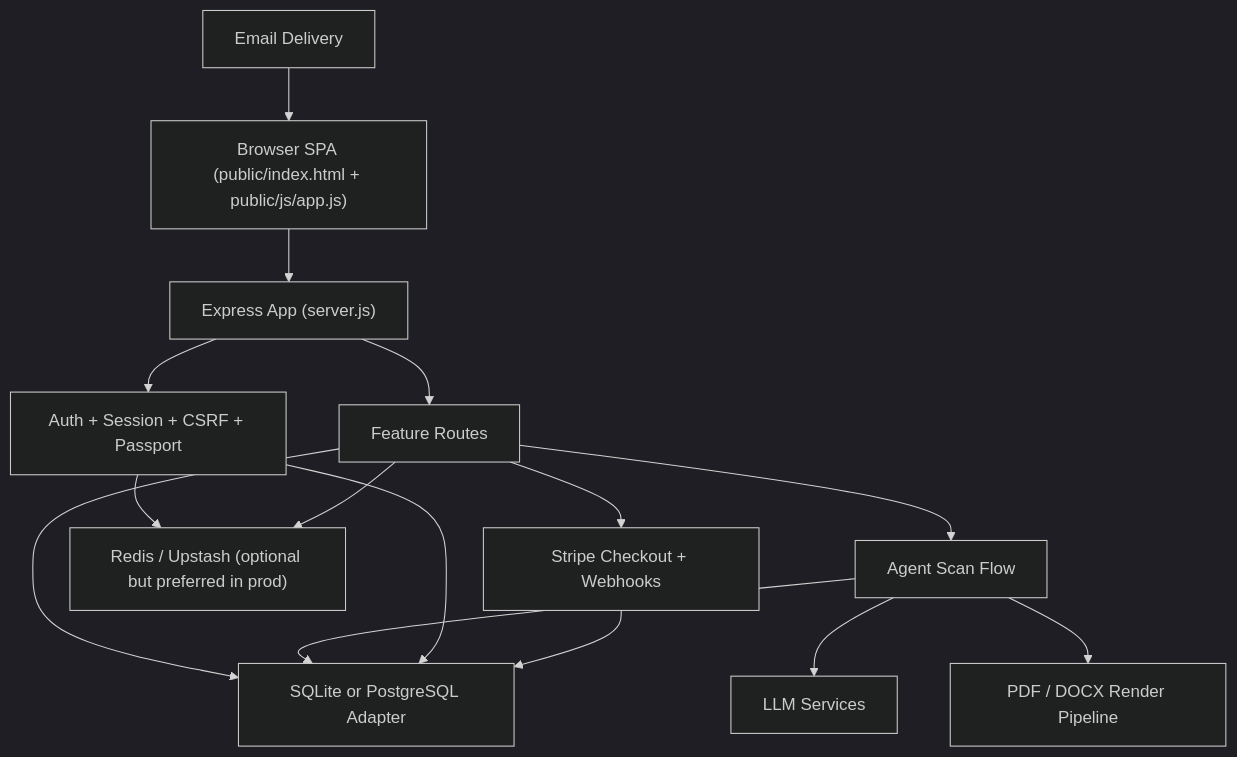
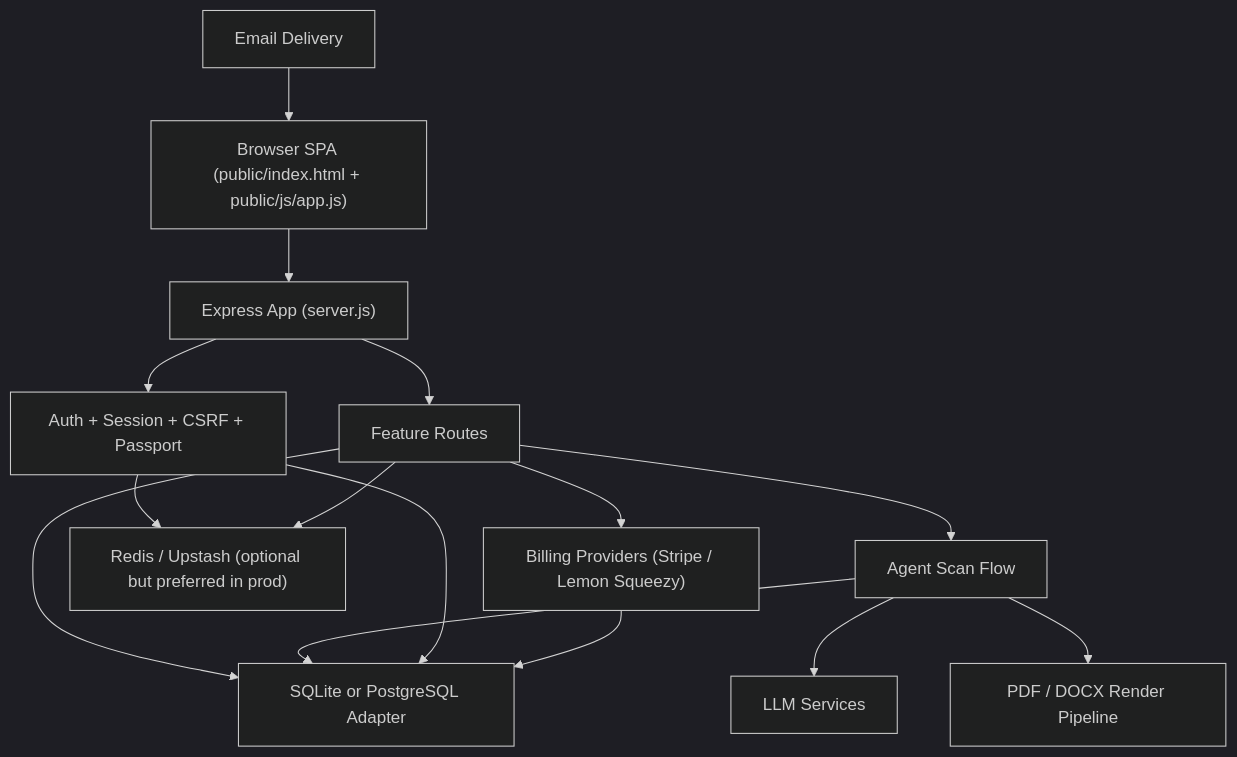
The first of 3 diagrams in docs/TECHNICAL_DOCUMENTATION.md (ghasmir/ResumeXray), drawn with Mermaid (dark theme) before and after one commit. The commit also changed other lines of this file and 84 other files, not shown here.

````diff
--- a/docs/TECHNICAL_DOCUMENTATION.md
+++ b/docs/TECHNICAL_DOCUMENTATION.md
@@ -61,29 +63,29 @@
 ```mermaid
 flowchart TD
     Browser["Browser SPA (public/index.html + public/js/app.js)"]
     Express["Express App (server.js)"]
     Auth["Auth + Session + CSRF + Passport"]
     Routes["Feature Routes"]
     Agent["Agent Scan Flow"]
     AI["LLM Services"]
     Render["PDF / DOCX Render Pipeline"]
     DB["SQLite or PostgreSQL Adapter"]
     Redis["Redis / Upstash (optional but preferred in prod)"]
-    Stripe["Stripe Checkout + Webhooks"]
+    Billing["Billing Providers (Stripe / Lemon Squeezy)"]
     Mail["Email Delivery"]
 
     Browser --> Express
     Express --> Auth
     Express --> Routes
     Routes --> Agent
-    Routes --> Stripe
+    Routes --> Billing
     Routes --> DB
     Agent --> AI
     Agent --> Render
     Agent --> DB
     Auth --> DB
     Auth --> Redis
     Routes --> Redis
-    Stripe --> DB
+    Billing --> DB
     Mail --> Browser
 ```
````
